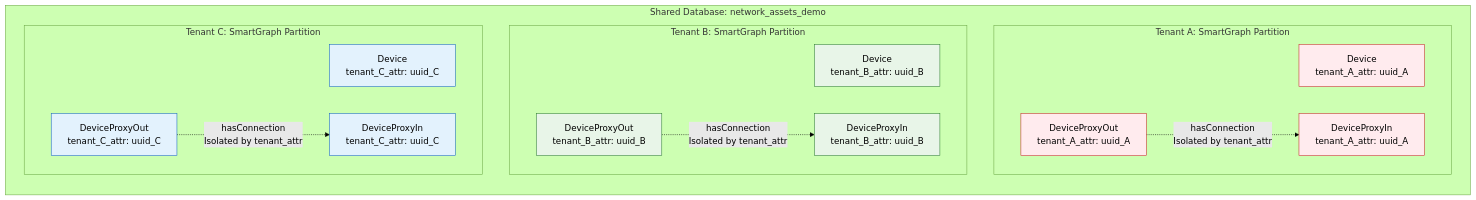
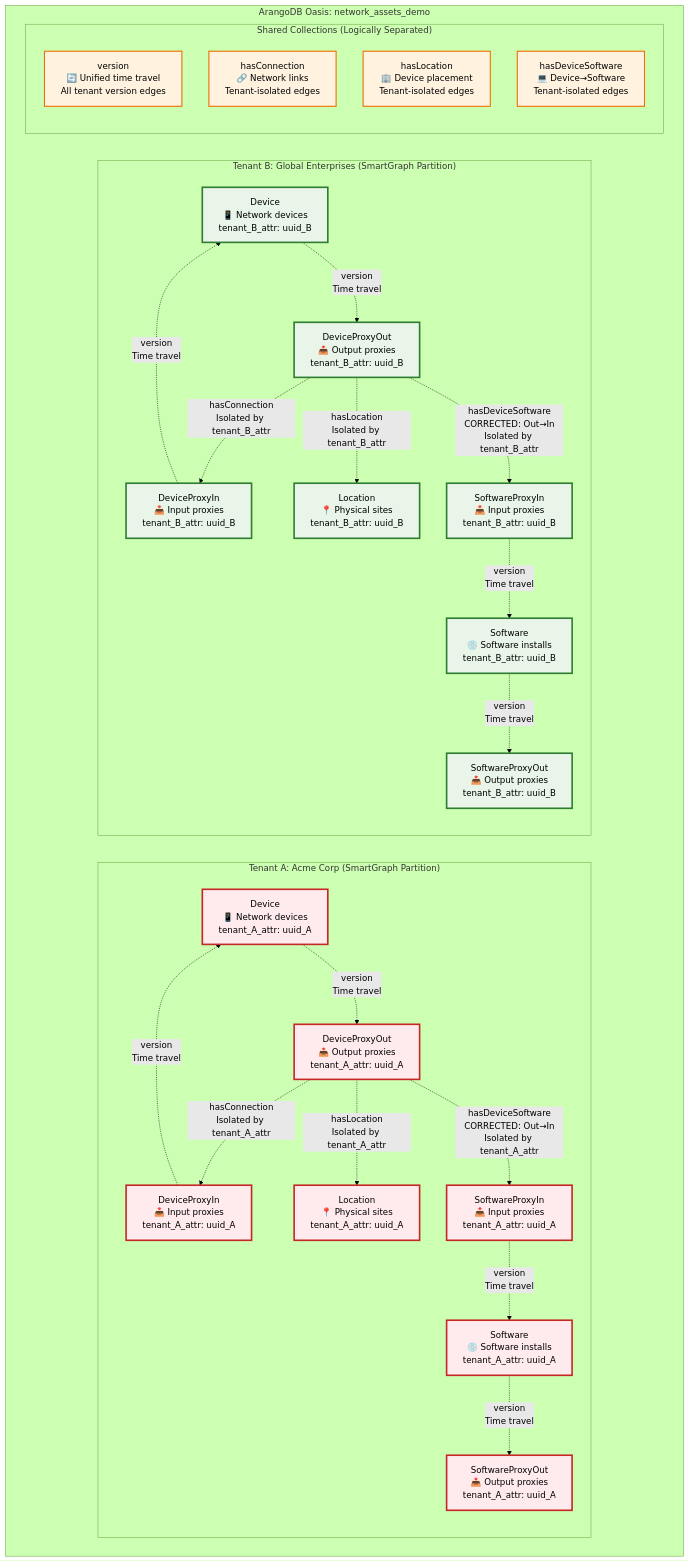
The second of 2 diagrams in README.md (ArthurKeen/scalable-multi-tenant-temporal-graph-reference-implementation), drawn with Mermaid (forest theme) before and after one commit. The commit also changed other lines of this file, not shown here.

Commit message:
🔧 Fix Multi-Tenant Architecture Diagram
✅ Corrected Issues:
• Added missing Software collections (Software, SoftwareProxyIn, SoftwareProxyOut)
• Fixed edge collection reference: hasSoftware → hasDeviceSoftware
• Corrected relationship logic: DeviceProxyOut → SoftwareProxyIn
• Added complete time travel patterns for both Device and Software

🎯 Improvements:
• Enhanced diagram with real tenant names (Acme Corp, Global Enterprises)
• Added shared collections section showing logical separation
• Improved visual layout with icons and clear labeling
• Shows unified version collection usage across all entities
• Better representation of ArangoDB Oasis multi-tenant architecture

📊 Now Accurately Shows:
• Complete multi-tenant isolation with all collections
• Corrected DeviceProxyOut → SoftwareProxyIn relationships
• Software time travel implementation
• Unified version collection for temporal queries
• Proper tenant attribute isolation

````diff
--- a/README.md
+++ b/README.md
@@ -99,35 +99,63 @@
 ```mermaid
-graph LR
-    subgraph "Shared Database: network_assets_demo"
-        subgraph "Tenant A: SmartGraph Partition"
-            DA[Device<br/>tenant_A_attr: uuid_A]
-            DPIA[DeviceProxyIn<br/>tenant_A_attr: uuid_A]
-            DPOA[DeviceProxyOut<br/>tenant_A_attr: uuid_A]
+graph TB
+    subgraph "ArangoDB Oasis: network_assets_demo"
+        subgraph "Tenant A: Acme Corp (SmartGraph Partition)"
+            direction TB
+            DA[Device<br/>📱 Network devices<br/>tenant_A_attr: uuid_A]
+            DPIA[DeviceProxyIn<br/>📥 Input proxies<br/>tenant_A_attr: uuid_A]
+            DPOA[DeviceProxyOut<br/>📤 Output proxies<br/>tenant_A_attr: uuid_A]
+            SA[Software<br/>💿 Software installs<br/>tenant_A_attr: uuid_A]
+            SPIA[SoftwareProxyIn<br/>📥 Input proxies<br/>tenant_A_attr: uuid_A]
+            SPOA[SoftwareProxyOut<br/>📤 Output proxies<br/>tenant_A_attr: uuid_A]
+            LA[Location<br/>📍 Physical sites<br/>tenant_A_attr: uuid_A]
         end
         
-        subgraph "Tenant B: SmartGraph Partition"  
-            DB[Device<br/>tenant_B_attr: uuid_B]
-            DPIB[DeviceProxyIn<br/>tenant_B_attr: uuid_B]
-            DPOB[DeviceProxyOut<br/>tenant_B_attr: uuid_B]
+        subgraph "Tenant B: Global Enterprises (SmartGraph Partition)"  
+            direction TB
+            DB[Device<br/>📱 Network devices<br/>tenant_B_attr: uuid_B]
+            DPIB[DeviceProxyIn<br/>📥 Input proxies<br/>tenant_B_attr: uuid_B]
+            DPOB[DeviceProxyOut<br/>📤 Output proxies<br/>tenant_B_attr: uuid_B]
+            SB[Software<br/>💿 Software installs<br/>tenant_B_attr: uuid_B]
+            SPIB[SoftwareProxyIn<br/>📥 Input proxies<br/>tenant_B_attr: uuid_B]
+            SPOB[SoftwareProxyOut<br/>📤 Output proxies<br/>tenant_B_attr: uuid_B]
+            LB[Location<br/>📍 Physical sites<br/>tenant_B_attr: uuid_B]
         end
         
-        subgraph "Tenant C: SmartGraph Partition"
-            DC[Device<br/>tenant_C_attr: uuid_C]
-            DPIC[DeviceProxyIn<br/>tenant_C_attr: uuid_C]  
-            DPOC[DeviceProxyOut<br/>tenant_C_attr: uuid_C]
+        subgraph "Shared Collections (Logically Separated)"
+            VC[version<br/>🔄 Unified time travel<br/>All tenant version edges]
+            HC[hasConnection<br/>🔗 Network links<br/>Tenant-isolated edges]
+            HL[hasLocation<br/>🏢 Device placement<br/>Tenant-isolated edges]
+            HDS[hasDeviceSoftware<br/>💻 Device→Software<br/>Tenant-isolated edges]
         end
     end
     
-    %% Tenant isolation
-    DPOA -.->|hasConnection<br/>Isolated by tenant_attr| DPIA
-    DPOB -.->|hasConnection<br/>Isolated by tenant_attr| DPIB  
-    DPOC -.->|hasConnection<br/>Isolated by tenant_attr| DPIC
+    %% Tenant A relationships (corrected logic)
+    DPOA -.->|hasConnection<br/>Isolated by tenant_A_attr| DPIA
+    DPOA -.->|hasLocation<br/>Isolated by tenant_A_attr| LA
+    DPOA -.->|hasDeviceSoftware<br/>CORRECTED: Out→In<br/>Isolated by tenant_A_attr| SPIA
     
-    classDef tenantA fill:#ffebee,stroke:#c62828
-    classDef tenantB fill:#e8f5e8,stroke:#2e7d32
-    classDef tenantC fill:#e3f2fd,stroke:#1565c0
+    %% Tenant B relationships (corrected logic)
+    DPOB -.->|hasConnection<br/>Isolated by tenant_B_attr| DPIB
+    DPOB -.->|hasLocation<br/>Isolated by tenant_B_attr| LB  
+    DPOB -.->|hasDeviceSoftware<br/>CORRECTED: Out→In<br/>Isolated by tenant_B_attr| SPIB
     
-    class DA,DPIA,DPOA tenantA
-    class DB,DPIB,DPOB tenantB
-    class DC,DPIC,DPOC tenantC
+    %% Time travel patterns (unified version collection)
+    DPIA -.->|version<br/>Time travel| DA
+    DA -.->|version<br/>Time travel| DPOA
+    SPIA -.->|version<br/>Time travel| SA
+    SA -.->|version<br/>Time travel| SPOA
+    
+    DPIB -.->|version<br/>Time travel| DB
+    DB -.->|version<br/>Time travel| DPOB
+    SPIB -.->|version<br/>Time travel| SB
+    SB -.->|version<br/>Time travel| SPOB
+    
+    classDef tenantA fill:#ffebee,stroke:#c62828,stroke-width:3px
+    classDef tenantB fill:#e8f5e8,stroke:#2e7d32,stroke-width:3px
+    classDef shared fill:#fff3e0,stroke:#ef6c00,stroke-width:2px
+    classDef corrected fill:#e1f5fe,stroke:#0277bd,stroke-width:3px
+    
+    class DA,DPIA,DPOA,SA,SPIA,SPOA,LA tenantA
+    class DB,DPIB,DPOB,SB,SPIB,SPOB,LB tenantB
+    class VC,HC,HL,HDS shared
 ```
````
